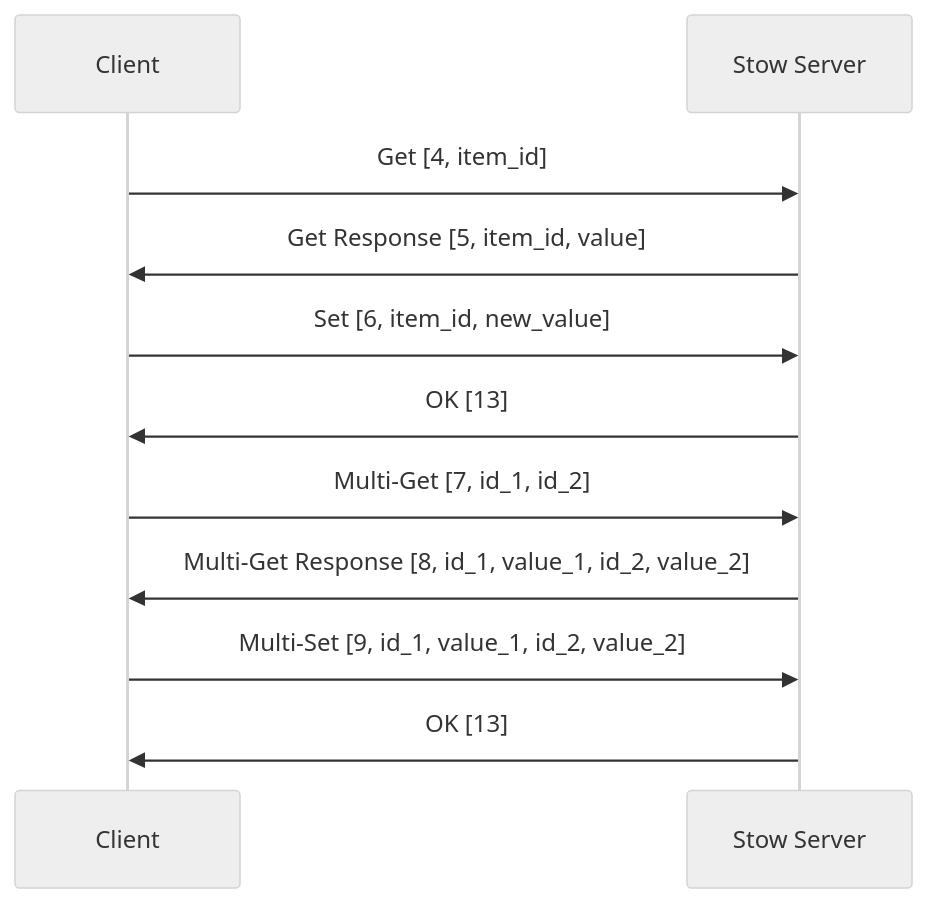
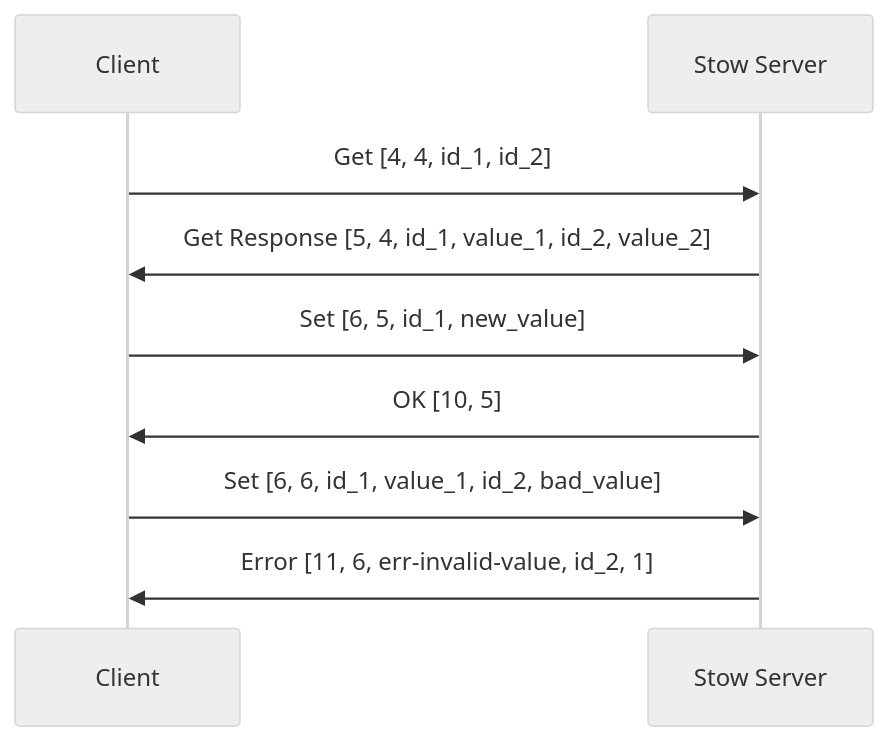
The third of 4 diagrams in docs/source/stow/protocol.rst (Demizo/Gantry), drawn with Mermaid before and after one commit. The commit also changed other lines of this file and 1 other file, not shown here.

```diff
--- a/docs/source/stow/protocol.rst
+++ b/docs/source/stow/protocol.rst
@@ -308,18 +215,15 @@
 .. mermaid::
 
    %%{init: {"theme": "neutral"}}%%
    sequenceDiagram
        participant C as Client
        participant S as Stow Server
 
-       C->>S: Get [4, item_id]
-       S->>C: Get Response [5, item_id, value]
+       C->>S: Get [4, 4, id_1, id_2]
+       S->>C: Get Response [5, 4, id_1, value_1, id_2, value_2]
 
-       C->>S: Set [6, item_id, new_value]
-       S->>C: OK [13]
+       C->>S: Set [6, 5, id_1, new_value]
+       S->>C: OK [10, 5]
 
-       C->>S: Multi-Get [7, id_1, id_2]
-       S->>C: Multi-Get Response [8, id_1, value_1, id_2, value_2]
-
-       C->>S: Multi-Set [9, id_1, value_1, id_2, value_2]
-       S->>C: OK [13]
+       C->>S: Set [6, 6, id_1, value_1, id_2, bad_value]
+       S->>C: Error [11, 6, err-invalid-value, id_2, 1]
```
